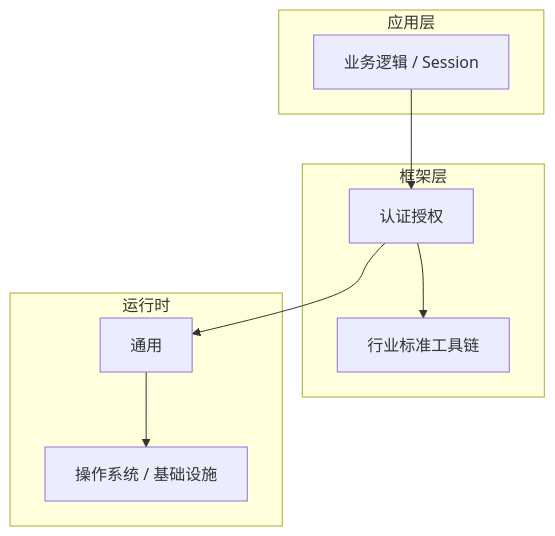
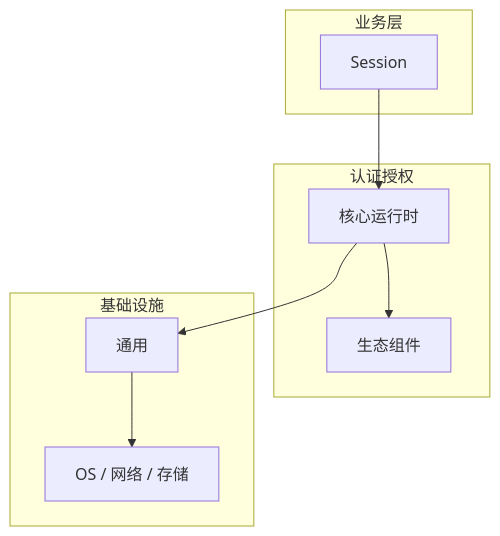
The diagram in articles/认证授权/chapters/007-Session核心概念与原理.md (yanggan2015/knowledge-json-v2), drawn with Mermaid before and after one commit. The commit also changed other lines of this file and 10127 other files, not shown here.

````diff
--- a/articles/认证授权/chapters/007-Session核心概念与原理.md
+++ b/articles/认证授权/chapters/007-Session核心概念与原理.md
@@ -45,18 +34,18 @@
 ```mermaid
 graph TB
-    subgraph 应用层
-        A[业务逻辑 / Session]
+    subgraph 业务层
+        A[Session]
     end
-    subgraph 框架层
-        B[认证授权]
-        C[行业标准工具链]
+    subgraph 认证授权
+        B[核心运行时]
+        C[生态组件]
     end
-    subgraph 运行时
+    subgraph 基础设施
         D[通用]
-        E[操作系统 / 基础设施]
+        E[OS / 网络 / 存储]
     end
     A --> B
     B --> C
     B --> D
     D --> E
 ```
````
